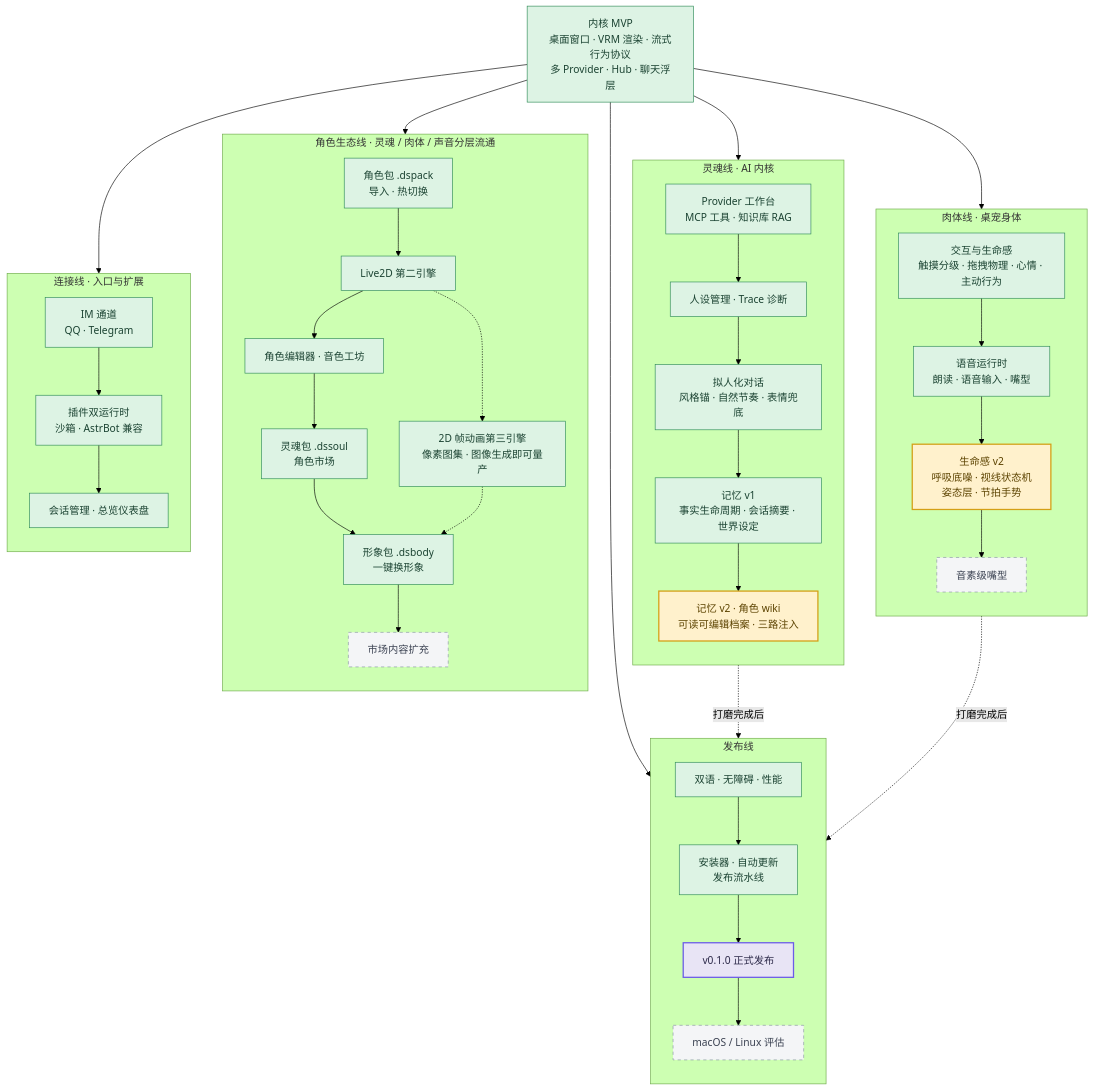
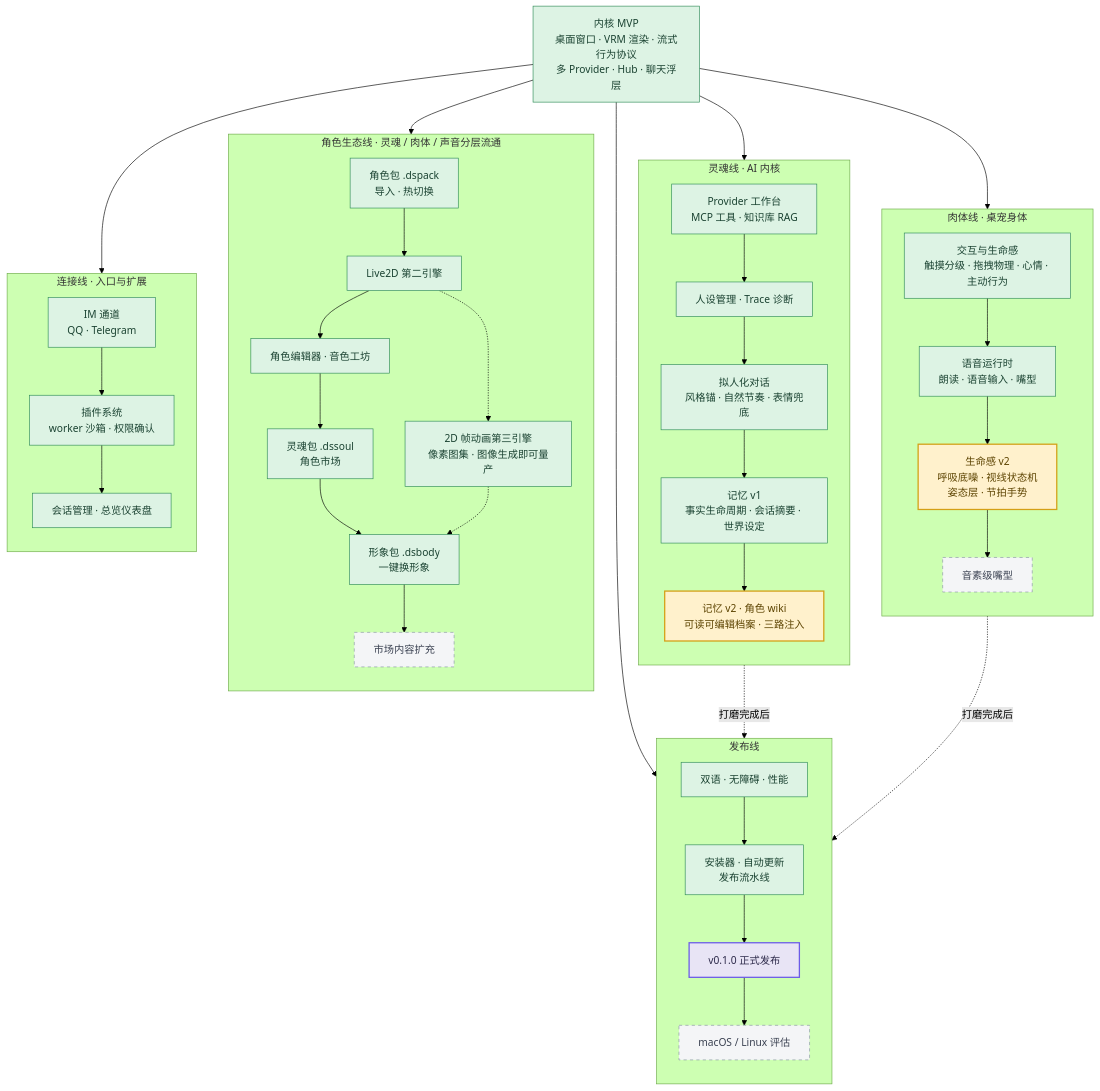
Before and after one commit to Furina-he/OpenPet: the second of 2 diagrams in README.md, drawn with Mermaid (forest theme). The commit also changed other lines of this file, not shown here.

Commit message:
docs(readme): ㉑ 插件系统去 AstrBot 兼容——特性行只留 Desktop 插件运行时；架构图插件宿主去 Star、删 Star 兼容宿主节点与 stdout JSON 边；设计约束隔离执行去 Python 宿主；Roadmap L2「插件双运行时 · AstrBot 兼容」→「插件系统 · worker 沙箱 · 权限确认」

````diff
--- a/README.md
+++ b/README.md
@@ -235,68 +233,68 @@
 ```mermaid
 flowchart TB
   classDef done fill:#DDF3E4,stroke:#2E8B57,color:#1B4332
   classDef active fill:#FFF1CC,stroke:#D4A017,color:#5C4300,stroke-width:2px
   classDef plan fill:#F4F5F7,stroke:#8A94A6,color:#3B4252,stroke-dasharray: 5 5
   classDef gate fill:#E8E4F5,stroke:#6C5CE7,color:#2D2A4A,stroke-width:2px
 
   MVP["内核 MVP<br/>桌面窗口 · VRM 渲染 · 流式行为协议<br/>多 Provider · Hub · 聊天浮层"]:::done
 
   subgraph BODY["肉体线 · 桌宠身体"]
     direction TB
     B1["交互与生命感<br/>触摸分级 · 拖拽物理 · 心情 · 主动行为"]:::done
     B2["语音运行时<br/>朗读 · 语音输入 · 嘴型"]:::done
     B3["生命感 v2<br/>呼吸底噪 · 视线状态机<br/>姿态层 · 节拍手势"]:::active
     B5["音素级嘴型"]:::plan
     B1 --> B2 --> B3
     B3 --> B5
   end
 
   subgraph SOUL["灵魂线 · AI 内核"]
     direction TB
     S1["Provider 工作台<br/>MCP 工具 · 知识库 RAG"]:::done
     S2["人设管理 · Trace 诊断"]:::done
     S3["拟人化对话<br/>风格锚 · 自然节奏 · 表情兜底"]:::done
     S4["记忆 v1<br/>事实生命周期 · 会话摘要 · 世界设定"]:::done
     S5["记忆 v2 · 角色 wiki<br/>可读可编辑档案 · 三路注入"]:::active
     S1 --> S2 --> S3 --> S4 --> S5
   end
 
   subgraph ECO["角色生态线 · 灵魂 / 肉体 / 声音分层流通"]
     direction TB
     E1["角色包 .dspack<br/>导入 · 热切换"]:::done
     E2["Live2D 第二引擎"]:::done
     E7["2D 帧动画第三引擎<br/>像素图集 · 图像生成即可量产"]:::done
     E3["角色编辑器 · 音色工坊"]:::done
     E4["灵魂包 .dssoul<br/>角色市场"]:::done
     E5["形象包 .dsbody<br/>一键换形象"]:::done
     E6["市场内容扩充"]:::plan
     E1 --> E2 --> E3 --> E4 --> E5 --> E6
     E2 -.-> E7
     E7 -.-> E5
   end
 
   subgraph LINK["连接线 · 入口与扩展"]
     direction TB
     L1["IM 通道<br/>QQ · Telegram"]:::done
-    L2["插件双运行时<br/>沙箱 · AstrBot 兼容"]:::done
+    L2["插件系统<br/>worker 沙箱 · 权限确认"]:::done
     L3["会话管理 · 总览仪表盘"]:::done
     L1 --> L2 --> L3
   end
 
   subgraph SHIP["发布线"]
     direction TB
     R1["双语 · 无障碍 · 性能"]:::done
     R2["安装器 · 自动更新<br/>发布流水线"]:::done
     R3["v0.1.0 正式发布"]:::gate
     R4["macOS / Linux 评估"]:::plan
     R1 --> R2 --> R3 --> R4
   end
 
   MVP --> B1
   MVP --> S1
   MVP --> E1
   MVP --> L1
   MVP --> R1
   B3 -.打磨完成后.-> R3
   S5 -.打磨完成后.-> R3
 ```
````
